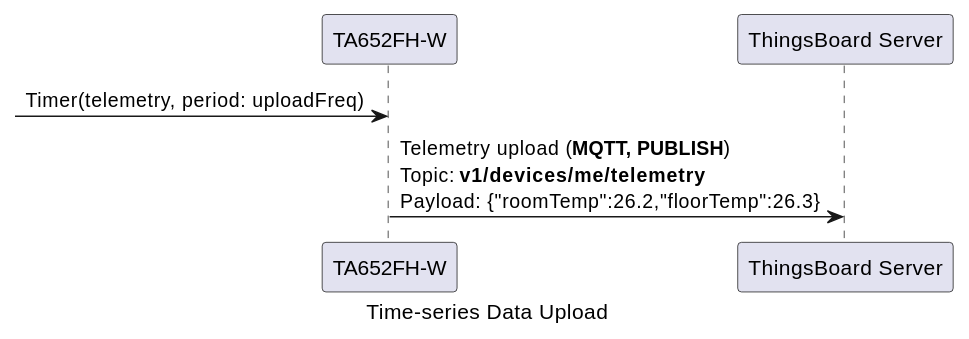
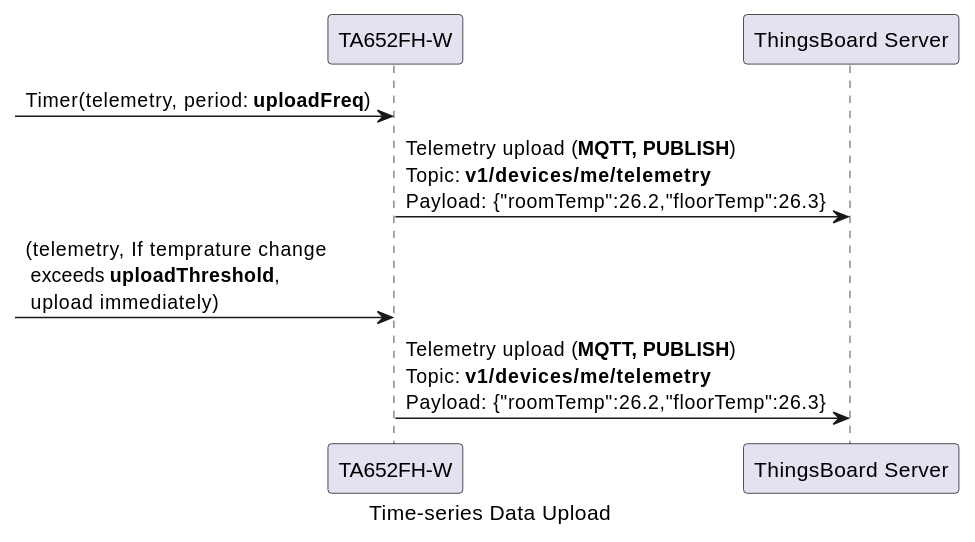
One commit to avantec-iot/avantec-thingsboard changed the third of 17 diagrams in docs/device/ta652fc-w/ta652fc-w-mqtt-api.rst. Above: the diagram before and after it, drawn with PlantUML. The commit also changed other lines of this file and 1 other file, not shown here.

Commit message:
add a shared attribute - uploadFreshold for TA652FC-W-TB

```diff
--- a/docs/device/ta652fc-w/ta652fc-w-mqtt-api.rst
+++ b/docs/device/ta652fc-w/ta652fc-w-mqtt-api.rst
@@ -92,10 +95,13 @@
   .. uml::
 
     caption  Time-series Data Upload
 
     participant "TA652FH-W" as TBDev order 10
     participant "ThingsBoard Server"  as TBSrv order 20 
 
 
-    [-> TBDev: Timer(telemetry, period: uploadFreq)
+    [-> TBDev: Timer(telemetry, period: **uploadFreq**)
     TBDev -> TBSrv: Telemetry upload (**MQTT, PUBLISH**) \nTopic: **v1/devices/me/telemetry** \nPayload: {"roomTemp":26.2,"floorTemp":26.3}
+
+    [-> TBDev: (telemetry, If temprature change \n exceeds **uploadThreshold**, \n upload immediately)
+    TBDev -> TBSrv: Telemetry upload (**MQTT, PUBLISH**) \nTopic: **v1/devices/me/telemetry** \nPayload: {"roomTemp":26.2,"floorTemp":26.3}
```
